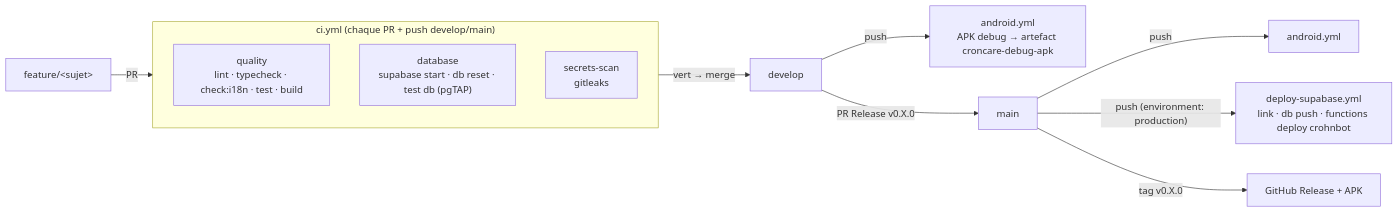
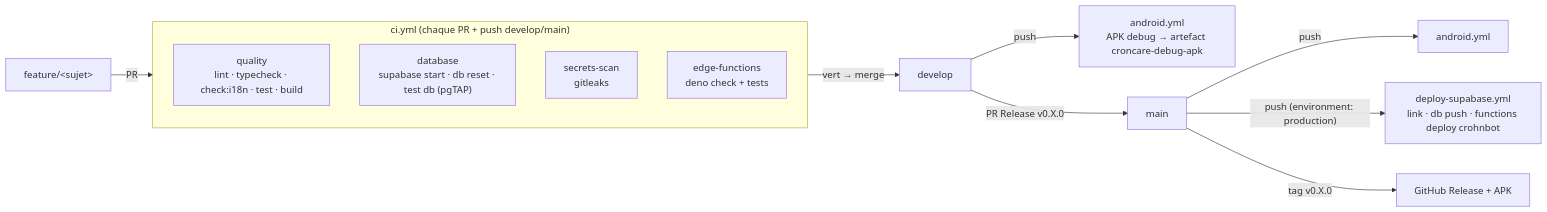
Before and after one commit to oussemaghanmi/app_mobile: the diagram in docs/PIPELINE.md, drawn with Mermaid. The commit also changed other lines of this file and 5 other files, not shown here.

First line of the commit message:
ci: tests et vérification de types de l'Edge Function CrohnBot

````diff
--- a/docs/PIPELINE.md
+++ b/docs/PIPELINE.md
@@ -3,15 +3,16 @@
 ```mermaid
 flowchart LR
   Dev["feature/&lt;sujet&gt;"] -- "PR" --> CI
   subgraph CI["ci.yml (chaque PR + push develop/main)"]
     Q["quality<br/>lint · typecheck · check:i18n · test · build"]
     D["database<br/>supabase start · db reset · test db (pgTAP)"]
     S["secrets-scan<br/>gitleaks"]
+    F["edge-functions<br/>deno check + tests"]
   end
   CI -- "vert → merge" --> Develop["develop"]
   Develop -- "push" --> APK["android.yml<br/>APK debug → artefact croncare-debug-apk"]
   Develop -- "PR Release v0.X.0" --> Main["main"]
   Main -- "push" --> APK2["android.yml"]
   Main -- "push (environment: production)" --> Deploy["deploy-supabase.yml<br/>link · db push · functions deploy crohnbot"]
   Main -- "tag v0.X.0" --> Release["GitHub Release + APK"]
 ```
````
